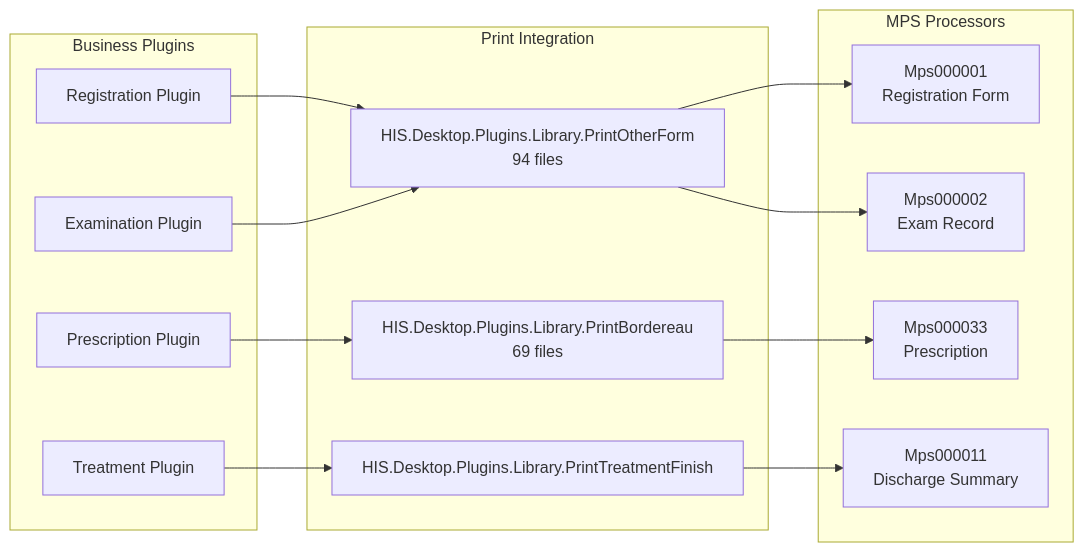
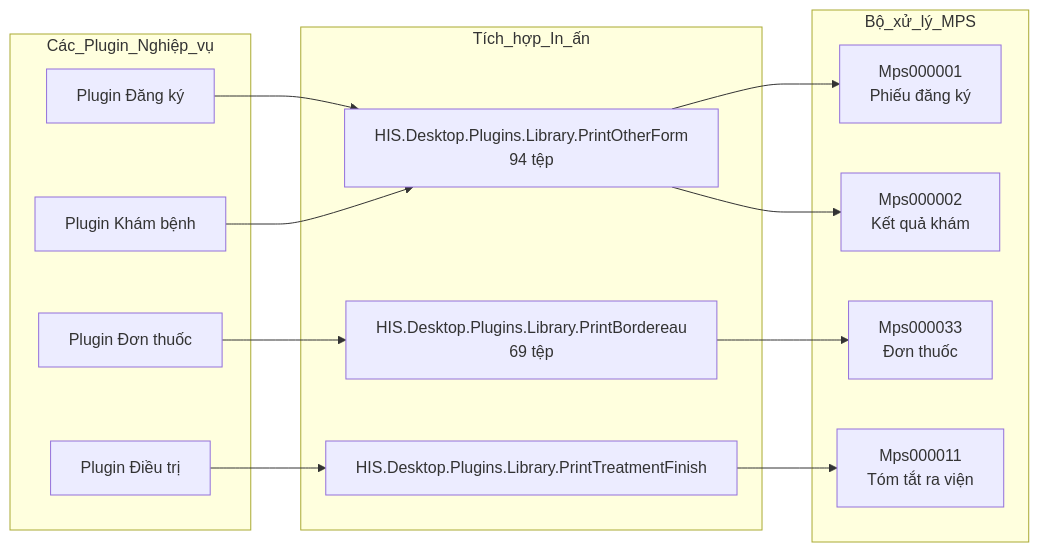
Before and after one commit to thangpnb/HIS: the sixth of 9 diagrams in docs/his-ba-documentation/02-modules/his-desktop/business-plugins.md, drawn with Mermaid. The commit also changed other lines of this file and 30 other files, not shown here.

Commit message:
Refactor architecture docs and update translations

````diff
--- a/docs/his-ba-documentation/02-modules/his-desktop/business-plugins.md
+++ b/docs/his-ba-documentation/02-modules/his-desktop/business-plugins.md
@@ -539,32 +558,32 @@
 ```mermaid
 graph LR
-    subgraph "Business Plugins"
-        RegPlugin["Registration Plugin"]
-        ExamPlugin["Examination Plugin"]
-        PrescPlugin["Prescription Plugin"]
-        TreatPlugin["Treatment Plugin"]
+    subgraph "Các_Plugin_Nghiệp_vụ"
+        RegPlugin["Plugin Đăng ký"]
+        ExamPlugin["Plugin Khám bệnh"]
+        PrescPlugin["Plugin Đơn thuốc"]
+        TreatPlugin["Plugin Điều trị"]
     end
     
-    subgraph "Print Integration"
-        PrintLib["HIS.Desktop.Plugins.Library.PrintOtherForm<br/>94 files"]
-        PrintBord["HIS.Desktop.Plugins.Library.PrintBordereau<br/>69 files"]
+    subgraph "Tích_hợp_In_ấn"
+        PrintLib["HIS.Desktop.Plugins.Library.PrintOtherForm<br/>94 tệp"]
+        PrintBord["HIS.Desktop.Plugins.Library.PrintBordereau<br/>69 tệp"]
         PrintTreat["HIS.Desktop.Plugins.Library.PrintTreatmentFinish"]
     end
     
-    subgraph "MPS Processors"
-        MPS001["Mps000001<br/>Registration Form"]
-        MPS002["Mps000002<br/>Exam Record"]
-        MPS033["Mps000033<br/>Prescription"]
-        MPS011["Mps000011<br/>Discharge Summary"]
+    subgraph "Bộ_xử_lý_MPS"
+        MPS001["Mps000001<br/>Phiếu đăng ký"]
+        MPS002["Mps000002<br/>Kết quả khám"]
+        MPS033["Mps000033<br/>Đơn thuốc"]
+        MPS011["Mps000011<br/>Tóm tắt ra viện"]
     end
     
     RegPlugin --> PrintLib
     ExamPlugin --> PrintLib
     PrescPlugin --> PrintBord
     TreatPlugin --> PrintTreat
     
     PrintLib --> MPS001
     PrintLib --> MPS002
     PrintBord --> MPS033
     PrintTreat --> MPS011
 ```
````
